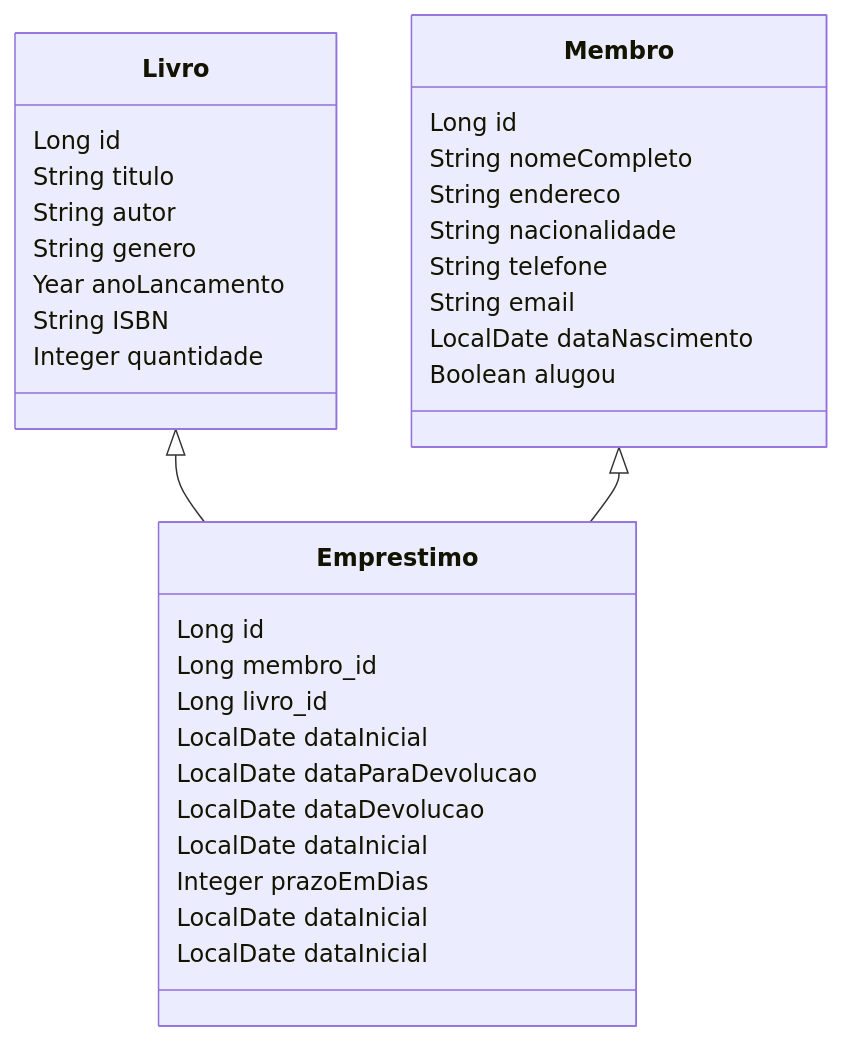
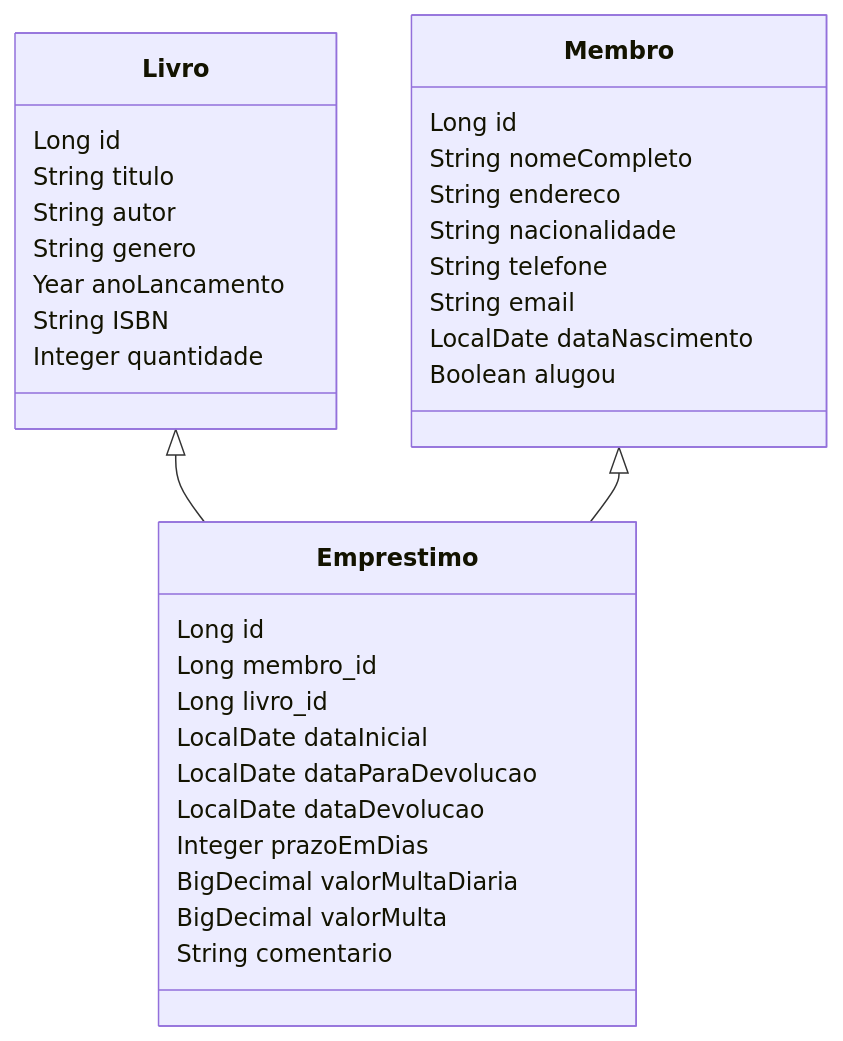
One commit to DMTaira/Projeto-WEBII-Biblioteca changed the diagram in README.md. Above: the diagram before and after it, drawn with Mermaid. The commit also changed other lines of this file, not shown here.

````diff
--- a/README.md
+++ b/README.md
@@ -50,40 +50,40 @@
 ```mermaid
 classDiagram
     Livro <|-- Emprestimo
     Membro <|-- Emprestimo
     Membro : Long id
     Membro : String nomeCompleto
     Membro : String endereco
     Membro : String nacionalidade
     Membro : String telefone
     Membro : String email
     Membro : LocalDate dataNascimento
     Membro : Boolean alugou
     
     Livro : Long id
     Livro : String titulo
     Livro : String autor
     Livro : String genero
     Livro : Year anoLancamento
     Livro : String ISBN
     Livro : Integer quantidade
     
     Emprestimo : Long id
     Emprestimo : Long membro_id
     Emprestimo : Long livro_id
     Emprestimo : LocalDate dataInicial
     Emprestimo : LocalDate dataParaDevolucao
     Emprestimo : LocalDate dataDevolucao
-    Emprestimo : LocalDate dataInicial
     Emprestimo : Integer prazoEmDias
-    Emprestimo : LocalDate dataInicial
-    Emprestimo : LocalDate dataInicial
+    Emprestimo : BigDecimal valorMultaDiaria
+    Emprestimo : BigDecimal valorMulta
+    Emprestimo : String comentario
     
     
     
     
     
     
    
    
 ```
````
